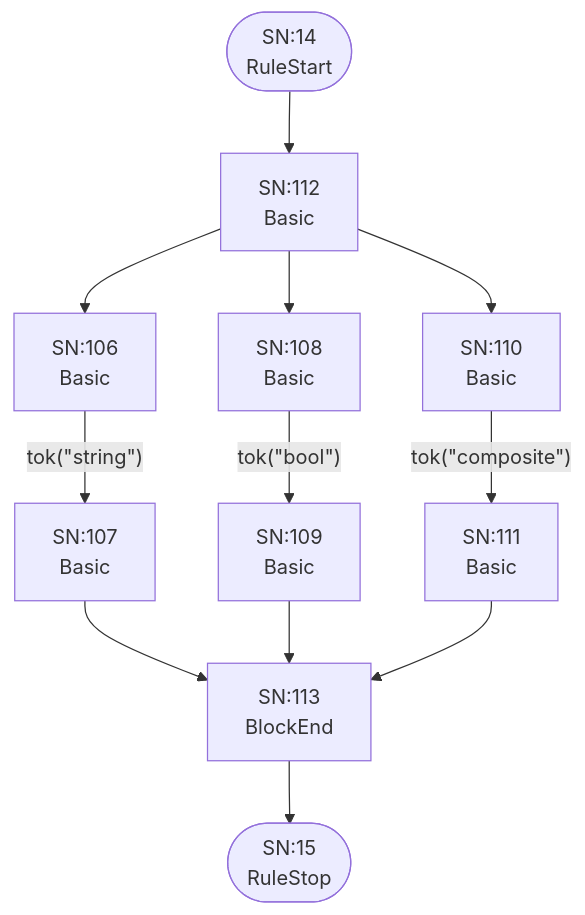
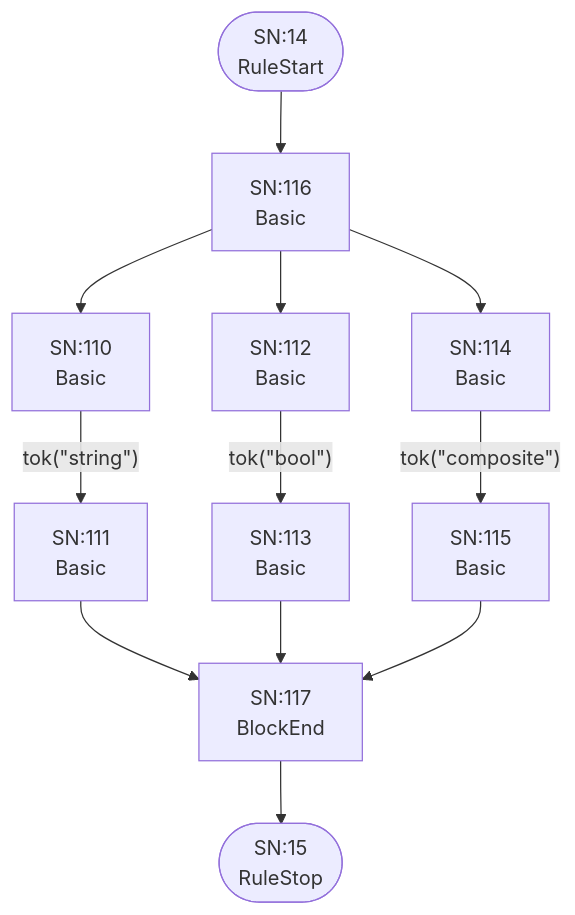
The eighth of 26 diagrams in internal/grammar/atn.md (TypeFox/fastbelt), drawn with Mermaid before and after one commit. The commit also changed other lines of this file and 22 other files, not shown here.

````diff
--- a/internal/grammar/atn.md
+++ b/internal/grammar/atn.md
@@ -197,25 +202,25 @@
 ```mermaid
 flowchart TD
     q14(["SN:14<br/>RuleStart"])
     q15(["SN:15<br/>RuleStop"])
-    q106["SN:106<br/>Basic<br/>"]
-    q107["SN:107<br/>Basic<br/>"]
-    q108["SN:108<br/>Basic<br/>"]
-    q109["SN:109<br/>Basic<br/>"]
     q110["SN:110<br/>Basic<br/>"]
     q111["SN:111<br/>Basic<br/>"]
     q112["SN:112<br/>Basic<br/>"]
-    q113["SN:113<br/>BlockEnd<br/>"]
+    q113["SN:113<br/>Basic<br/>"]
+    q114["SN:114<br/>Basic<br/>"]
+    q115["SN:115<br/>Basic<br/>"]
+    q116["SN:116<br/>Basic<br/>"]
+    q117["SN:117<br/>BlockEnd<br/>"]
 
-    q14 --> q112
-    q106 -->|"tok(&quot;string&quot;)"| q107
-    q107 --> q113
-    q108 -->|"tok(&quot;bool&quot;)"| q109
-    q109 --> q113
-    q110 -->|"tok(&quot;composite&quot;)"| q111
-    q111 --> q113
-    q112 --> q106
-    q112 --> q108
-    q112 --> q110
-    q113 --> q15
+    q14 --> q116
+    q110 -->|"tok(&quot;string&quot;)"| q111
+    q111 --> q117
+    q112 -->|"tok(&quot;bool&quot;)"| q113
+    q113 --> q117
+    q114 -->|"tok(&quot;composite&quot;)"| q115
+    q115 --> q117
+    q116 --> q110
+    q116 --> q112
+    q116 --> q114
+    q117 --> q15
 ```
````
